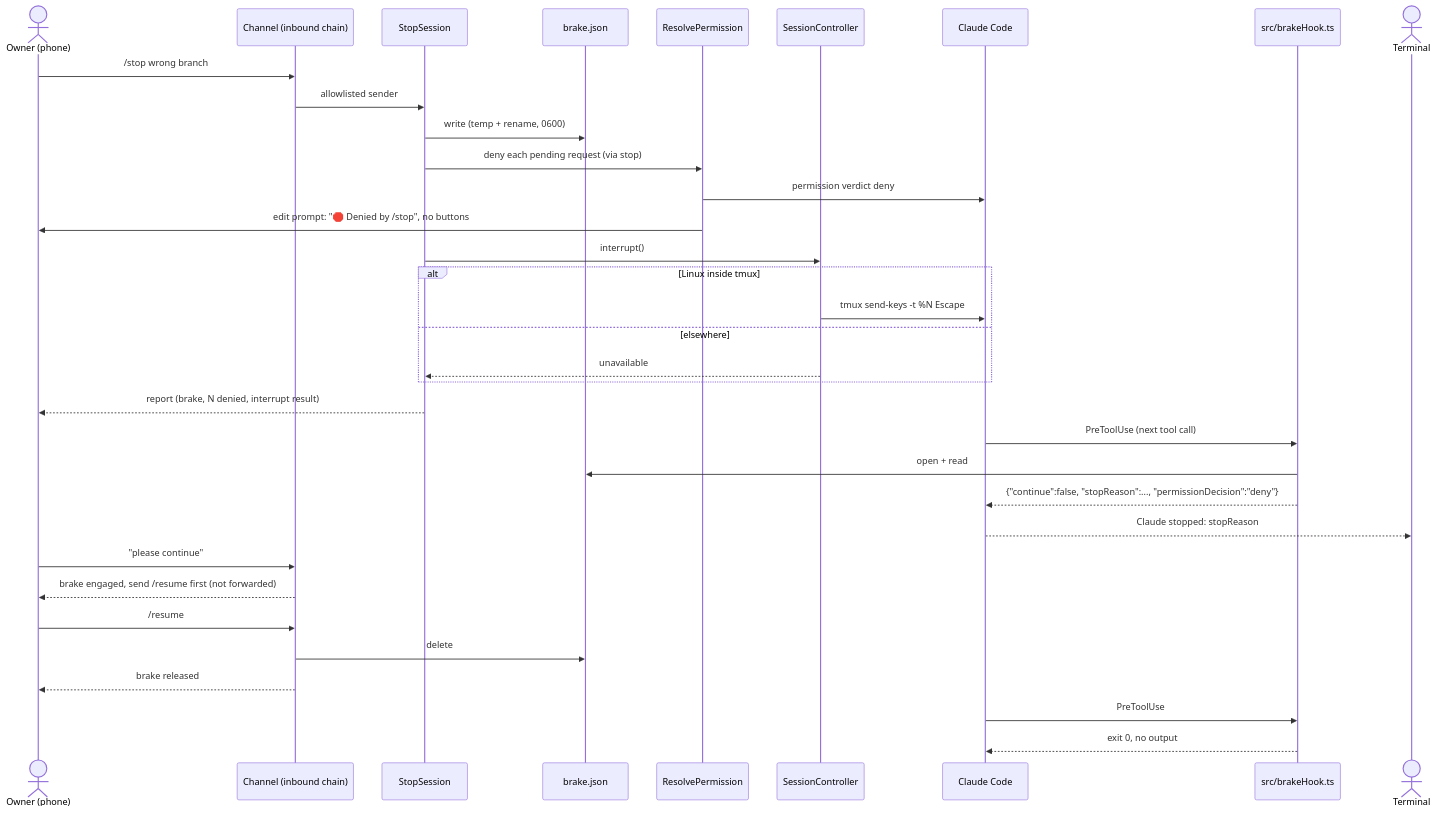
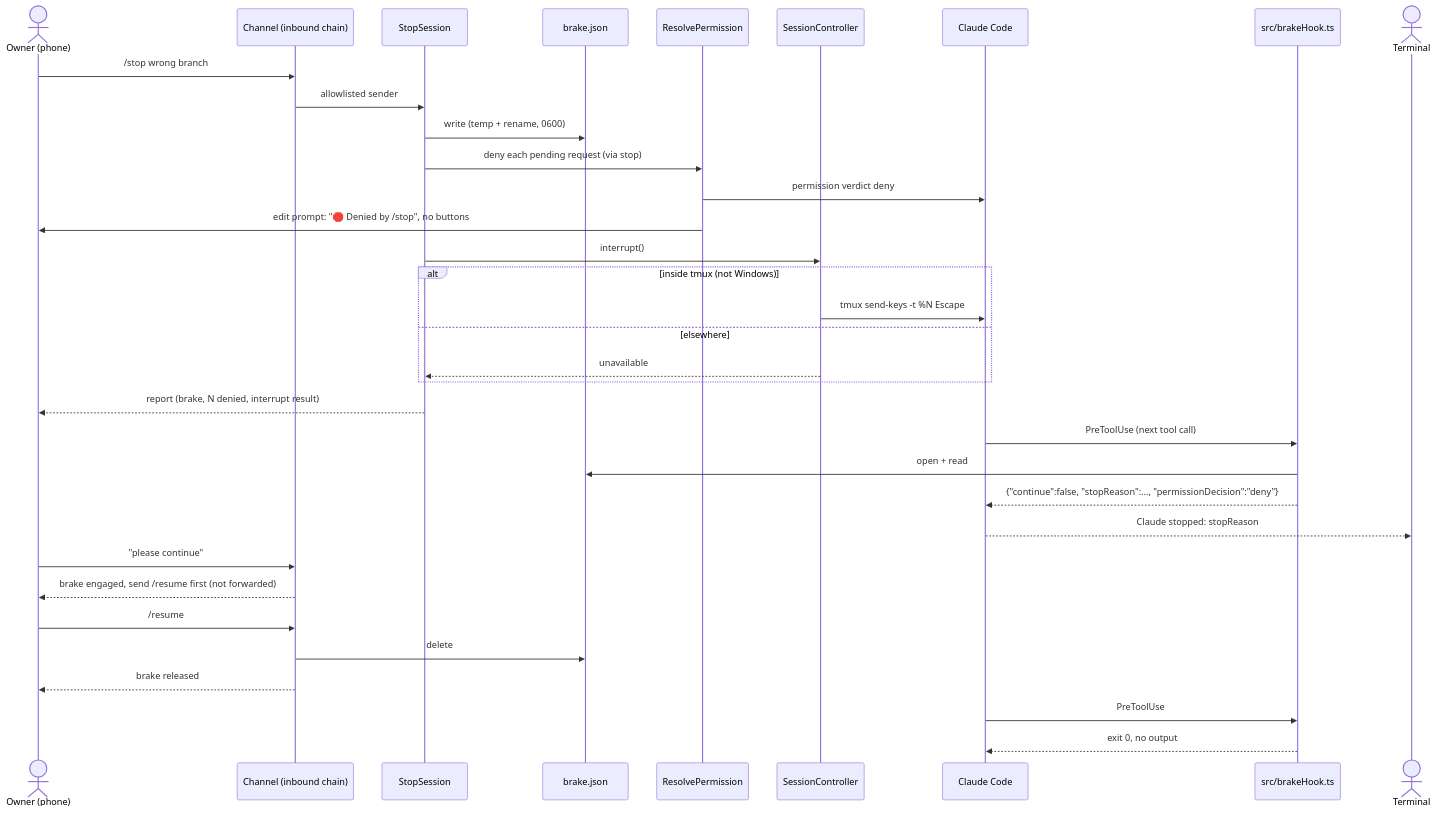
Before and after one commit to santyxswc/Claude-Remote-Control: the diagram in docs/flows/F6.md, drawn with Mermaid. The commit also changed other lines of this file and 48 other files, not shown here.

````diff
--- a/docs/flows/F6.md
+++ b/docs/flows/F6.md
@@ -97,37 +98,37 @@
 ```mermaid
 sequenceDiagram
     actor P as Owner (phone)
     participant CH as Channel (inbound chain)
     participant S as StopSession
     participant F as brake.json
     participant R as ResolvePermission
     participant C as SessionController
     participant CC as Claude Code
     participant H as src/brakeHook.ts
     actor T as Terminal
 
     P->>CH: /stop wrong branch
     CH->>S: allowlisted sender
     S->>F: write (temp + rename, 0600)
     S->>R: deny each pending request (via stop)
     R->>CC: permission verdict deny
     R->>P: edit prompt: "🛑 Denied by /stop", no buttons
     S->>C: interrupt()
-    alt Linux inside tmux
+    alt inside tmux (not Windows)
         C->>CC: tmux send-keys -t %N Escape
     else elsewhere
         C-->>S: unavailable
     end
     S-->>P: report (brake, N denied, interrupt result)
     CC->>H: PreToolUse (next tool call)
     H->>F: open + read
     H-->>CC: {"continue":false, "stopReason":..., "permissionDecision":"deny"}
     CC-->>T: Claude stopped: stopReason
     P->>CH: "please continue"
     CH-->>P: brake engaged, send /resume first (not forwarded)
     P->>CH: /resume
     CH->>F: delete
     CH-->>P: brake released
     CC->>H: PreToolUse
     H-->>CC: exit 0, no output
 ```
````
